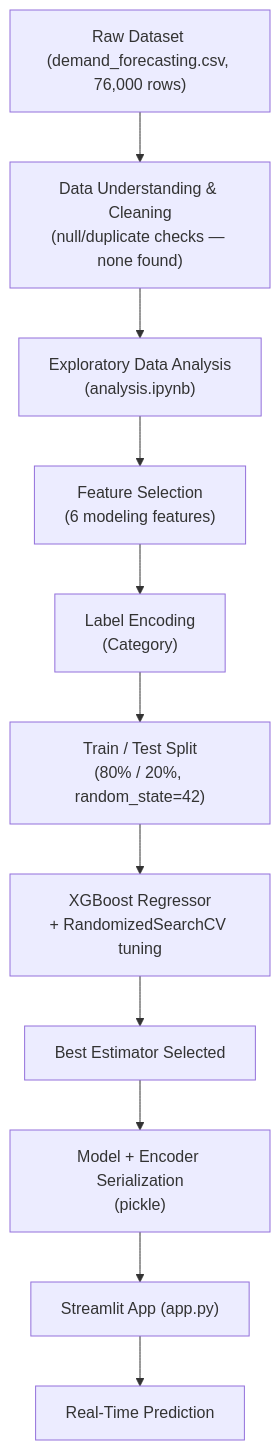
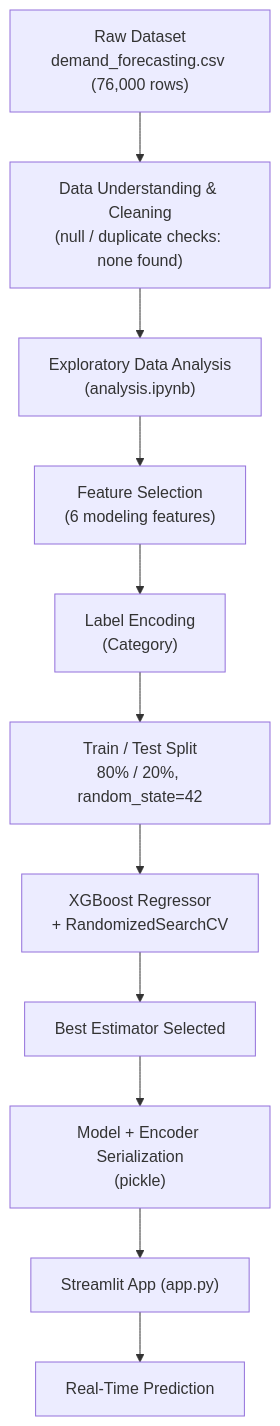
The second of 3 diagrams in README.md (harshantla-cloud/DEMAND-FORECASTING-SYSTEM), drawn with Mermaid before and after one commit. The commit also changed other lines of this file, not shown here.

````diff
--- a/README.md
+++ b/README.md
@@ -83,13 +86,13 @@
 ```mermaid
 flowchart TD
-    A["Raw Dataset (demand_forecasting.csv, 76,000 rows)"] --> B["Data Understanding & Cleaning<br/>(null/duplicate checks — none found)"]
+    A["Raw Dataset<br/>demand_forecasting.csv (76,000 rows)"] --> B["Data Understanding & Cleaning<br/>(null / duplicate checks: none found)"]
     B --> C["Exploratory Data Analysis<br/>(analysis.ipynb)"]
     C --> D["Feature Selection<br/>(6 modeling features)"]
     D --> E["Label Encoding<br/>(Category)"]
-    E --> F["Train / Test Split<br/>(80% / 20%, random_state=42)"]
-    F --> G["XGBoost Regressor<br/>+ RandomizedSearchCV tuning"]
+    E --> F["Train / Test Split<br/>80% / 20%, random_state=42"]
+    F --> G["XGBoost Regressor<br/>+ RandomizedSearchCV"]
     G --> H["Best Estimator Selected"]
     H --> I["Model + Encoder Serialization<br/>(pickle)"]
     I --> J["Streamlit App (app.py)"]
     J --> K["Real-Time Prediction"]
 ```
````
